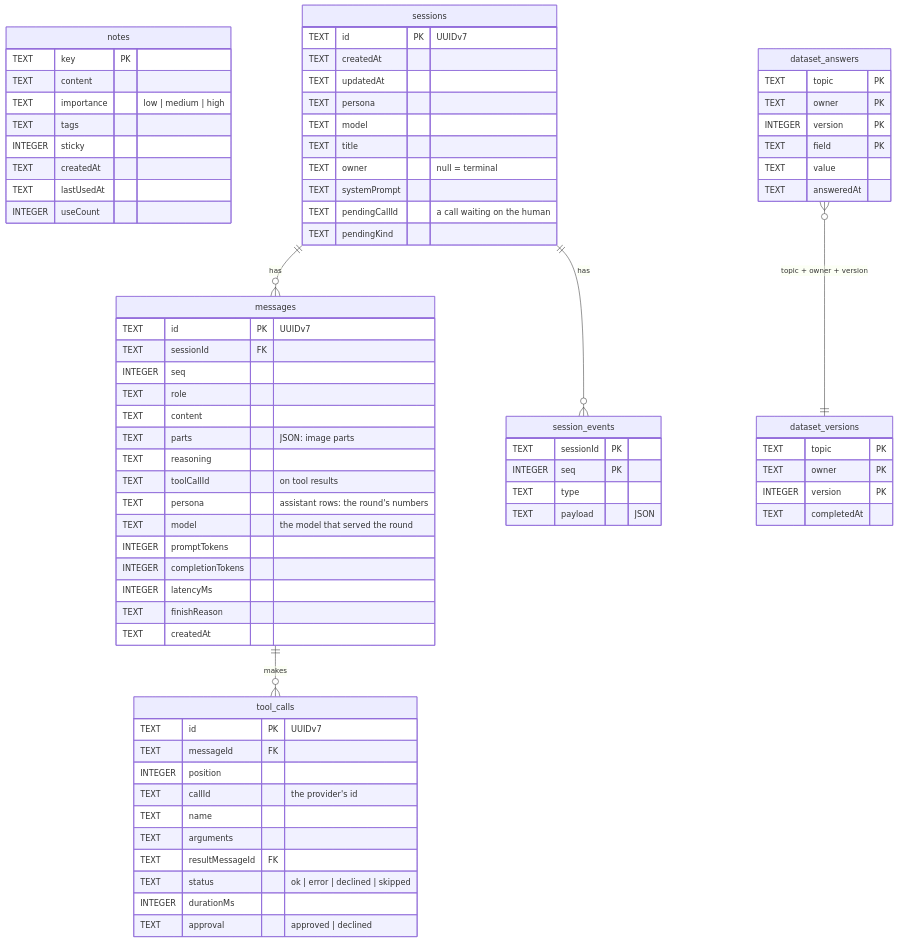
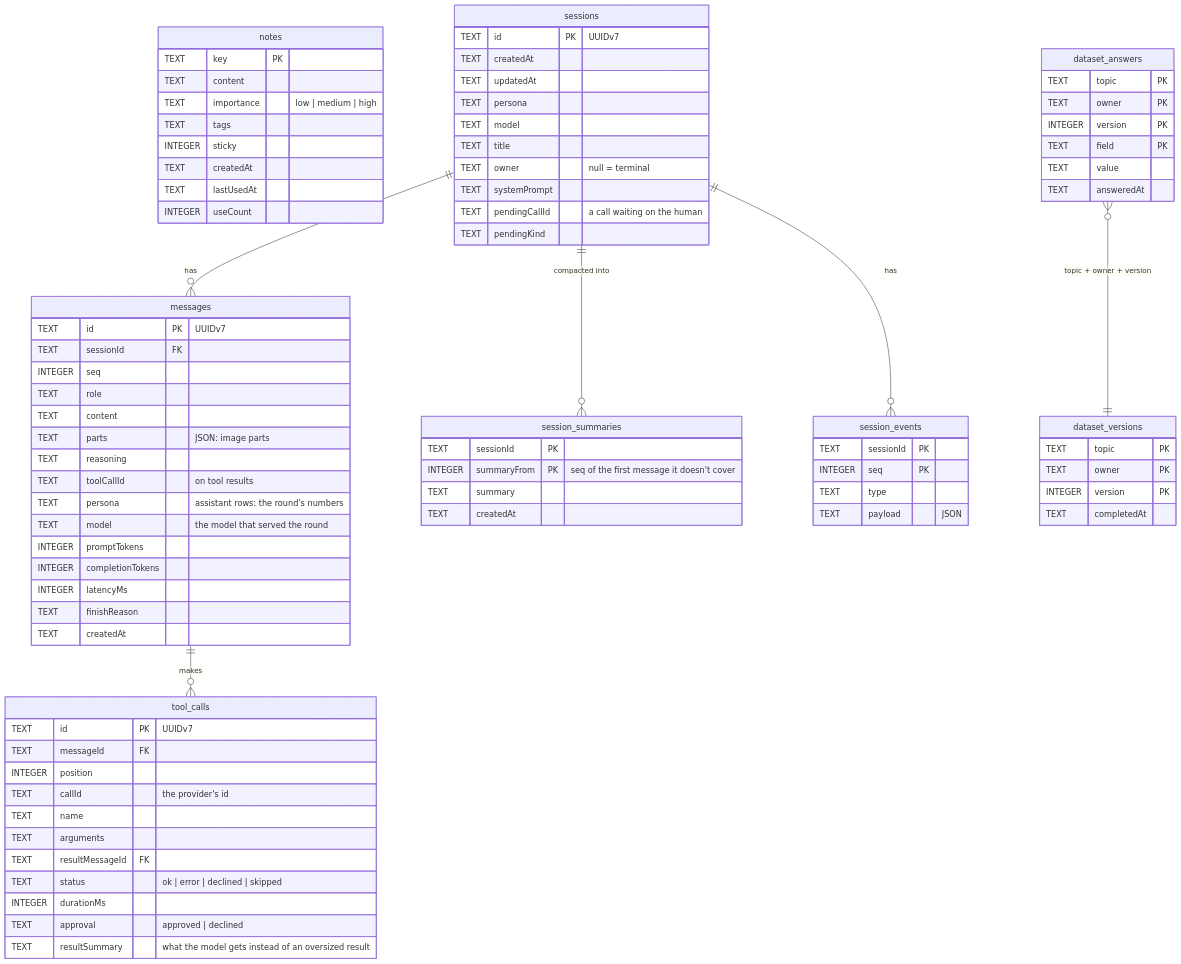
Before and after one commit to SubZtep/kaja: the diagram in docs/configuration/storage.md, drawn with Mermaid. The commit also changed other lines of this file and 53 other files, not shown here.

````diff
--- a/docs/configuration/storage.md
+++ b/docs/configuration/storage.md
@@ -86,6 +87,14 @@
     TEXT status "ok | error | declined | skipped"
     INTEGER durationMs
     TEXT approval "approved | declined"
+    TEXT resultSummary "what the model gets instead of an oversized result"
+  }
+
+  session_summaries {
+    TEXT sessionId PK
+    INTEGER summaryFrom PK "seq of the first message it doesn't cover"
+    TEXT summary
+    TEXT createdAt
   }
 
   session_events {
@@ -113,6 +122,7 @@
 
   sessions ||--o{ messages : has
   sessions ||--o{ session_events : has
+  sessions ||--o{ session_summaries : "compacted into"
   messages ||--o{ tool_calls : makes
   dataset_answers }o--|| dataset_versions : "topic + owner + version"
 ```
````
